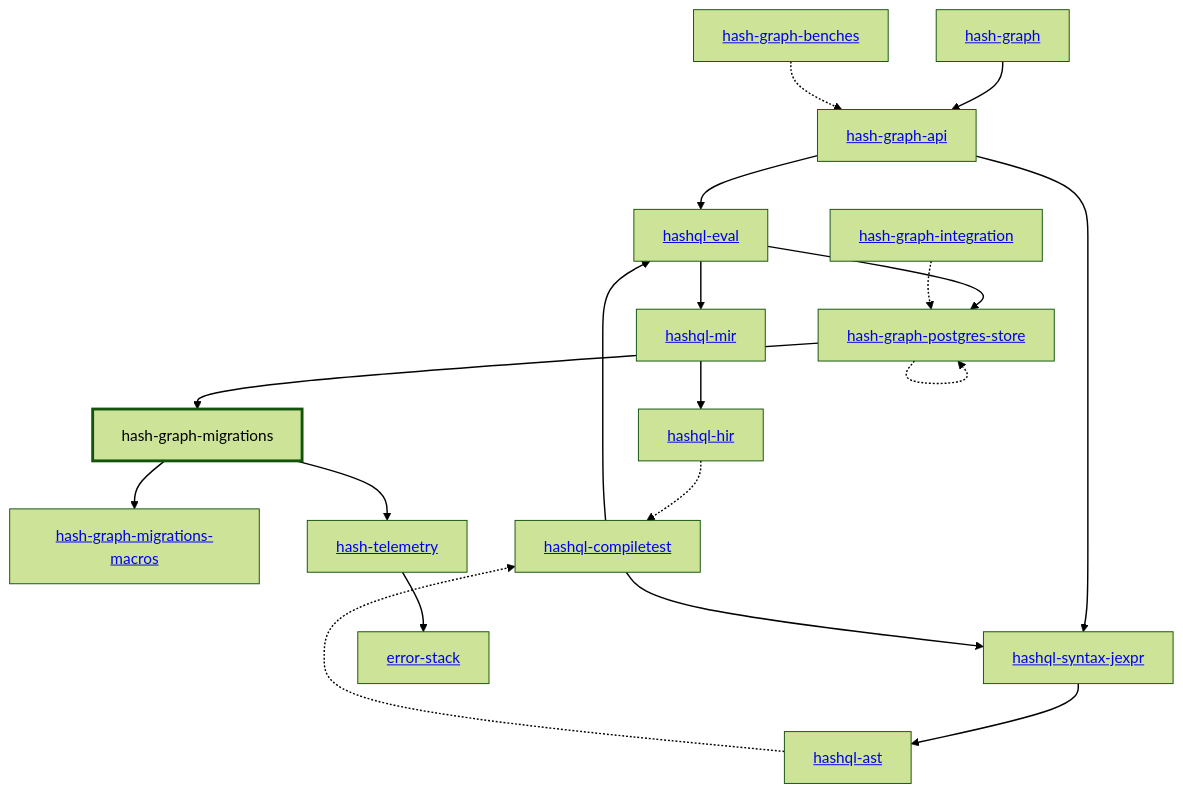
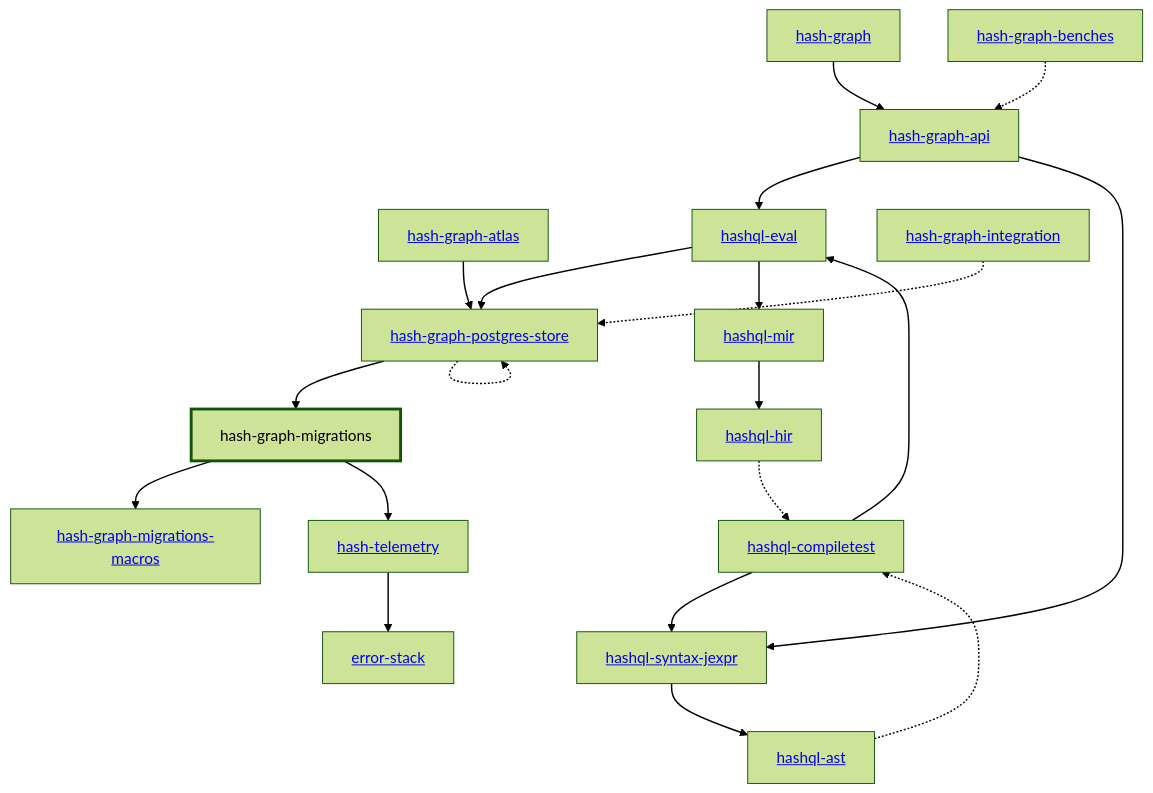
One commit to hashintel/hash changed the diagram in libs/@local/graph/migrations/docs/dependency-diagram.mmd. Above: the diagram before and after it, drawn with Mermaid (forest theme). The commit also changed 640 other files, not shown here.

Commit message:
feat: the hash-graph-atlas crate

```diff
--- a/libs/@local/graph/migrations/docs/dependency-diagram.mmd
+++ b/libs/@local/graph/migrations/docs/dependency-diagram.mmd
@@ -1,44 +1,46 @@
 graph TD
     linkStyle default stroke-width:1.5px
     classDef default stroke-width:1px
     classDef root stroke-width:3px
     classDef dev stroke-width:1px
     classDef build stroke-width:1px
     %% Legend
     %% --> : Normal dependency
     %% -.-> : Dev dependency
     %% ---> : Build dependency
     0[<a href="../hash_graph/index.html">hash-graph</a>]
     1[<a href="../hash_graph_api/index.html">hash-graph-api</a>]
-    2[hash-graph-migrations]
-    class 2 root
-    3[<a href="../hash_graph_migrations_macros/index.html">hash-graph-migrations-macros</a>]
-    4[<a href="../hash_graph_postgres_store/index.html">hash-graph-postgres-store</a>]
-    5[<a href="../hashql_ast/index.html">hashql-ast</a>]
-    6[<a href="../hashql_compiletest/index.html">hashql-compiletest</a>]
-    7[<a href="../hashql_eval/index.html">hashql-eval</a>]
-    8[<a href="../hashql_hir/index.html">hashql-hir</a>]
-    9[<a href="../hashql_mir/index.html">hashql-mir</a>]
-    10[<a href="../hashql_syntax_jexpr/index.html">hashql-syntax-jexpr</a>]
-    11[<a href="../hash_telemetry/index.html">hash-telemetry</a>]
-    12[<a href="../error_stack/index.html">error-stack</a>]
-    13[<a href="../hash_graph_benches/index.html">hash-graph-benches</a>]
-    14[<a href="../hash_graph_integration/index.html">hash-graph-integration</a>]
+    2[<a href="../hash_graph_atlas/index.html">hash-graph-atlas</a>]
+    3[hash-graph-migrations]
+    class 3 root
+    4[<a href="../hash_graph_migrations_macros/index.html">hash-graph-migrations-macros</a>]
+    5[<a href="../hash_graph_postgres_store/index.html">hash-graph-postgres-store</a>]
+    6[<a href="../hashql_ast/index.html">hashql-ast</a>]
+    7[<a href="../hashql_compiletest/index.html">hashql-compiletest</a>]
+    8[<a href="../hashql_eval/index.html">hashql-eval</a>]
+    9[<a href="../hashql_hir/index.html">hashql-hir</a>]
+    10[<a href="../hashql_mir/index.html">hashql-mir</a>]
+    11[<a href="../hashql_syntax_jexpr/index.html">hashql-syntax-jexpr</a>]
+    12[<a href="../hash_telemetry/index.html">hash-telemetry</a>]
+    13[<a href="../error_stack/index.html">error-stack</a>]
+    14[<a href="../hash_graph_benches/index.html">hash-graph-benches</a>]
+    15[<a href="../hash_graph_integration/index.html">hash-graph-integration</a>]
     0 --> 1
-    1 --> 7
-    1 --> 10
-    2 --> 3
-    2 --> 11
-    4 --> 2
-    4 -.-> 4
-    5 -.-> 6
-    6 --> 7
-    6 --> 10
-    7 --> 4
-    7 --> 9
-    8 -.-> 6
-    9 --> 8
-    10 --> 5
-    11 --> 12
-    13 -.-> 1
-    14 -.-> 4
+    1 --> 8
+    1 --> 11
+    2 --> 5
+    3 --> 4
+    3 --> 12
+    5 --> 3
+    5 -.-> 5
+    6 -.-> 7
+    7 --> 8
+    7 --> 11
+    8 --> 5
+    8 --> 10
+    9 -.-> 7
+    10 --> 9
+    11 --> 6
+    12 --> 13
+    14 -.-> 1
+    15 -.-> 5
```
